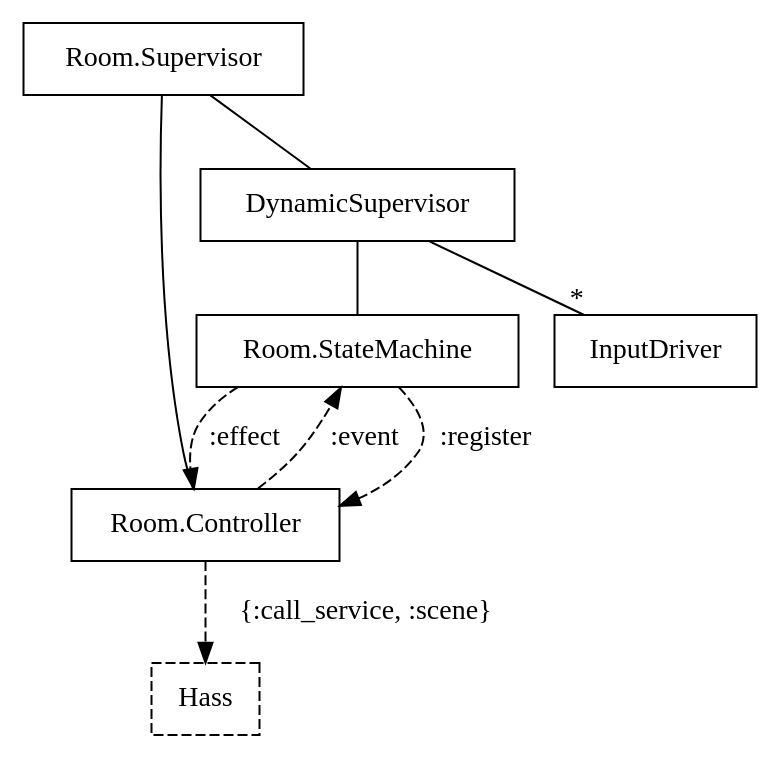
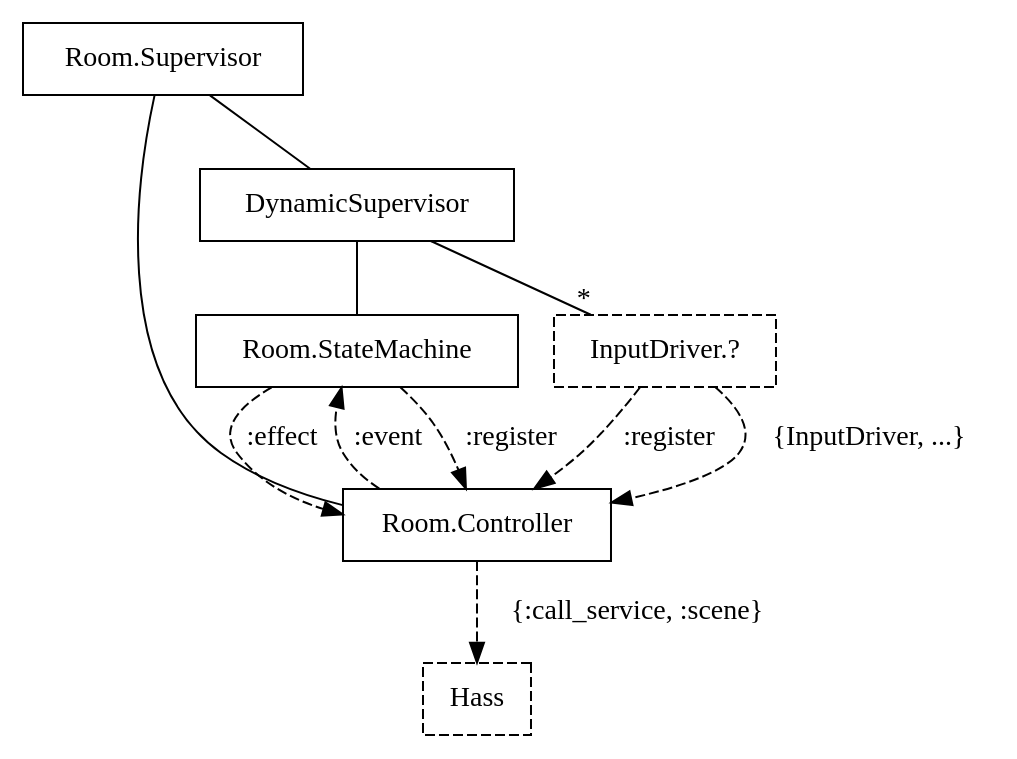
Before and after one commit to ggazzi/elightscape: the diagram in lib/room/processes.dot, drawn with Graphviz. The commit also changed 9 other files, not shown here.

```diff
--- a/lib/room/processes.dot
+++ b/lib/room/processes.dot
@@ -1,28 +1,32 @@
 digraph {
     node [shape = rect;];
     RoomSupervisor [label = "Room.Supervisor";];
     Controller [label = "Room.Controller";];
     DynamicSupervisor;
     StateMachine [label = "Room.StateMachine";];
+    InputDriver [label = "InputDriver.?";style = dashed;];
     Hass [style = dashed;];
 
     subgraph {
         // Links
         edge [dir = none;];
         RoomSupervisor -> Controller;
         RoomSupervisor -> DynamicSupervisor;
         DynamicSupervisor -> StateMachine;
         DynamicSupervisor -> InputDriver [headlabel = "*";];
     }
 
     subgraph {
         // Messages
         edge [style = dashed;];
 
         Controller -> StateMachine [label = ":event"; constraint = false;];
         StateMachine -> Controller [label = ":register";];
         StateMachine -> Controller [label = ":effect";];
 
         Controller -> Hass [label = "{:call_service, :scene}";];
+
+        InputDriver -> Controller [label = ":register";];
+        InputDriver -> Controller [label = "{InputDriver, ...}";];
     }
 }
```
